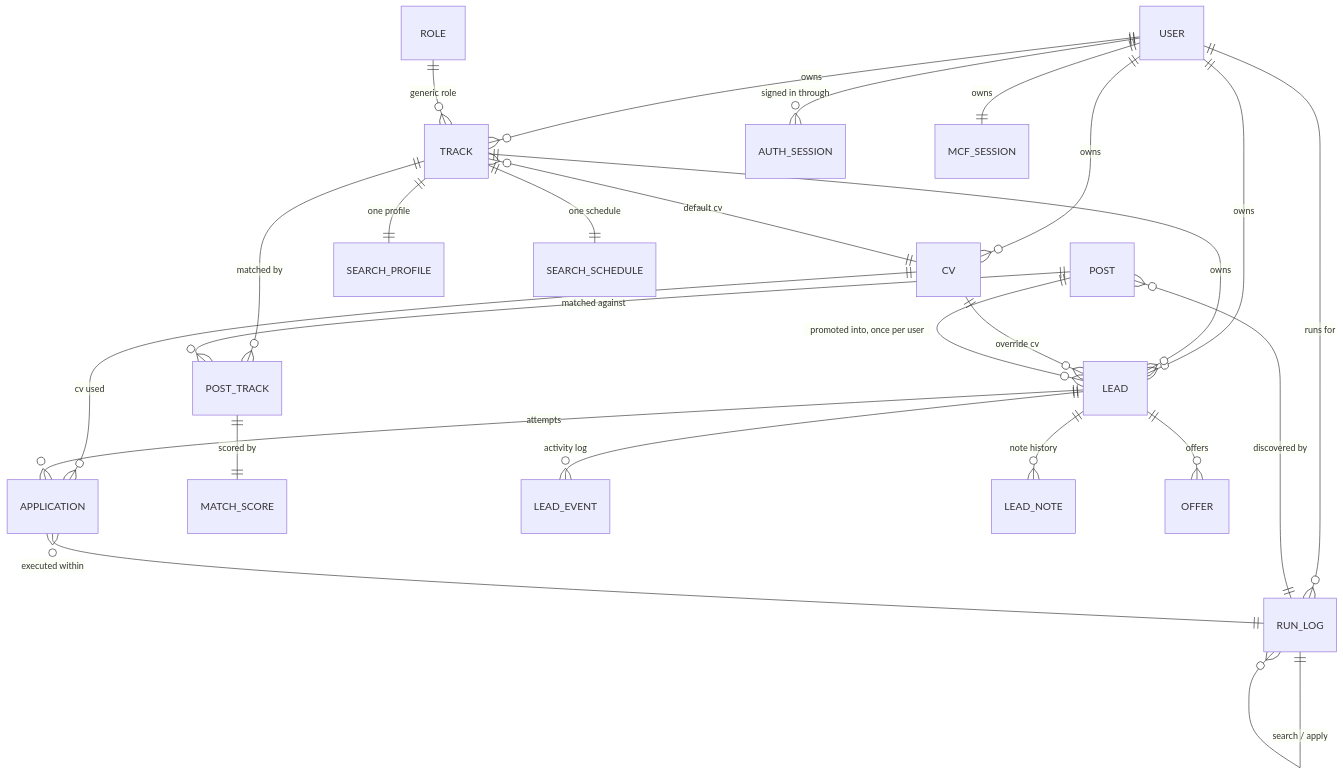
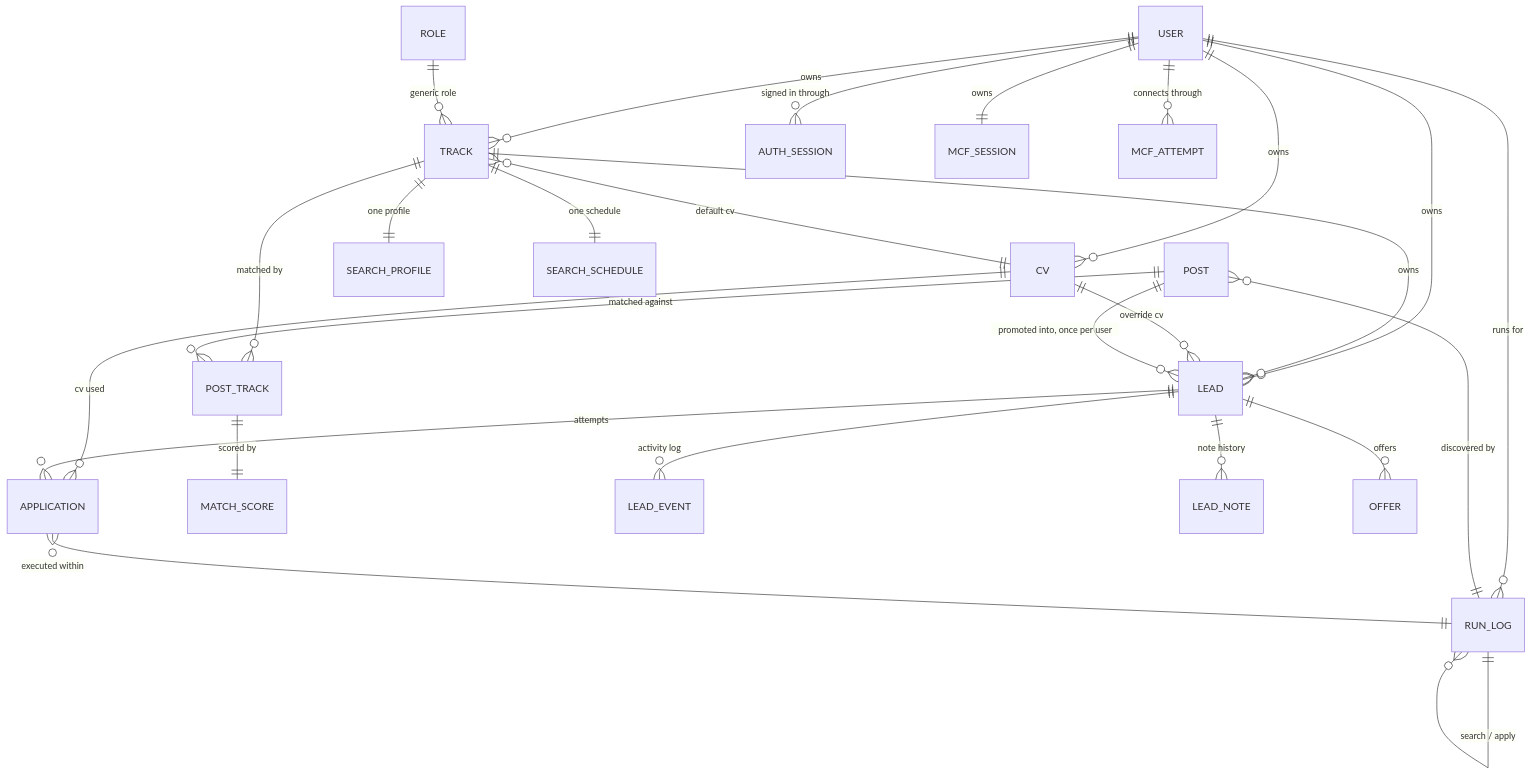
One commit to yayfalafels/easymcf changed the diagram in docs/design/data-model.md. Above: the diagram before and after it, drawn with Mermaid. The commit also changed other lines of this file and 44 other files, not shown here.

````diff
--- a/docs/design/data-model.md
+++ b/docs/design/data-model.md
@@ -41,27 +43,28 @@
 ```mermaid
 erDiagram
     USER ||--o{ TRACK : "owns"
     USER ||--o{ CV : "owns"
     USER ||--o{ AUTH_SESSION : "signed in through"
     USER ||--o{ LEAD : "owns"
     USER ||--o{ RUN_LOG : "runs for"
     USER ||--|| MCF_SESSION : "owns"
+    USER ||--o{ MCF_ATTEMPT : "connects through"
     ROLE ||--o{ TRACK : "generic role"
     TRACK ||--|| SEARCH_PROFILE : "one profile"
     TRACK ||--|| SEARCH_SCHEDULE : "one schedule"
     TRACK ||--o{ POST_TRACK : "matched by"
     TRACK ||--o{ LEAD : "owns"
     TRACK }o--|| CV : "default cv"
     CV ||--o{ LEAD : "override cv"
     CV ||--o{ APPLICATION : "cv used"
     POST ||--o{ POST_TRACK : "matched against"
     POST ||--o{ LEAD : "promoted into, once per user"
     POST }o--|| RUN_LOG : "discovered by"
     POST_TRACK ||--|| MATCH_SCORE : "scored by"
     LEAD ||--o{ APPLICATION : "attempts"
     LEAD ||--o{ LEAD_EVENT : "activity log"
     LEAD ||--o{ LEAD_NOTE : "note history"
     LEAD ||--o{ OFFER : "offers"
     APPLICATION }o--|| RUN_LOG : "executed within"
     RUN_LOG ||--o{ RUN_LOG : "search / apply"
 ```
````
